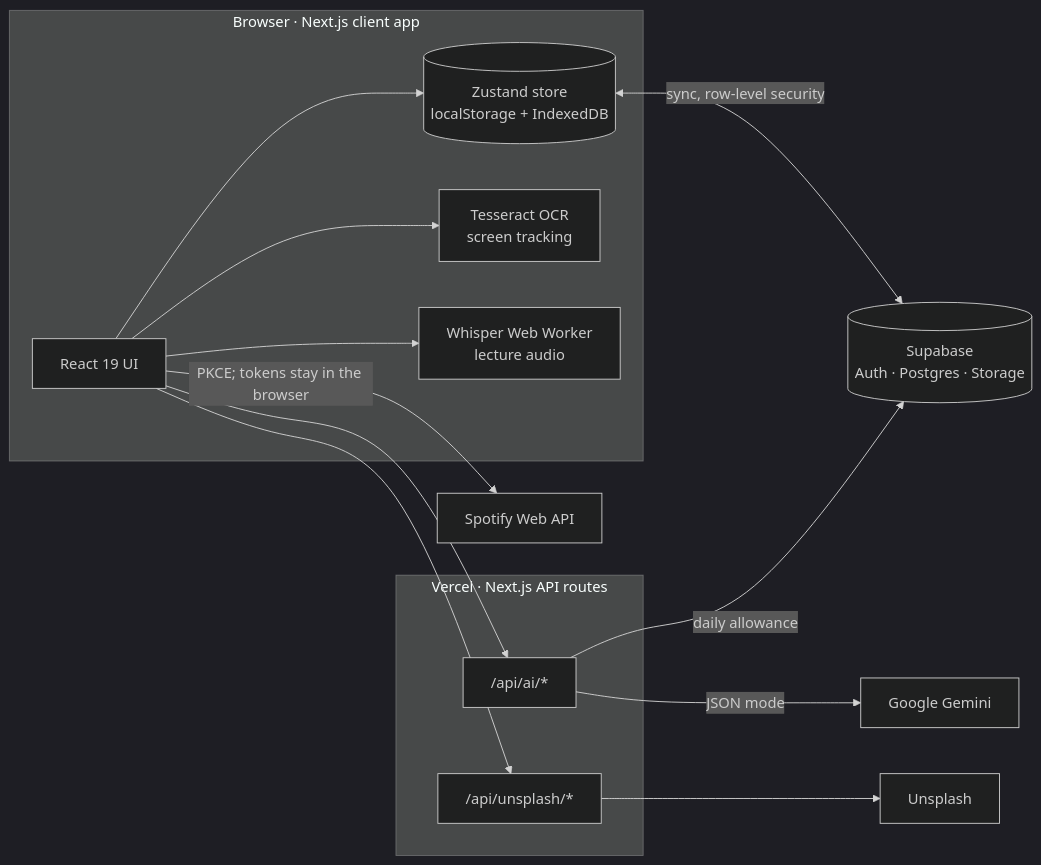
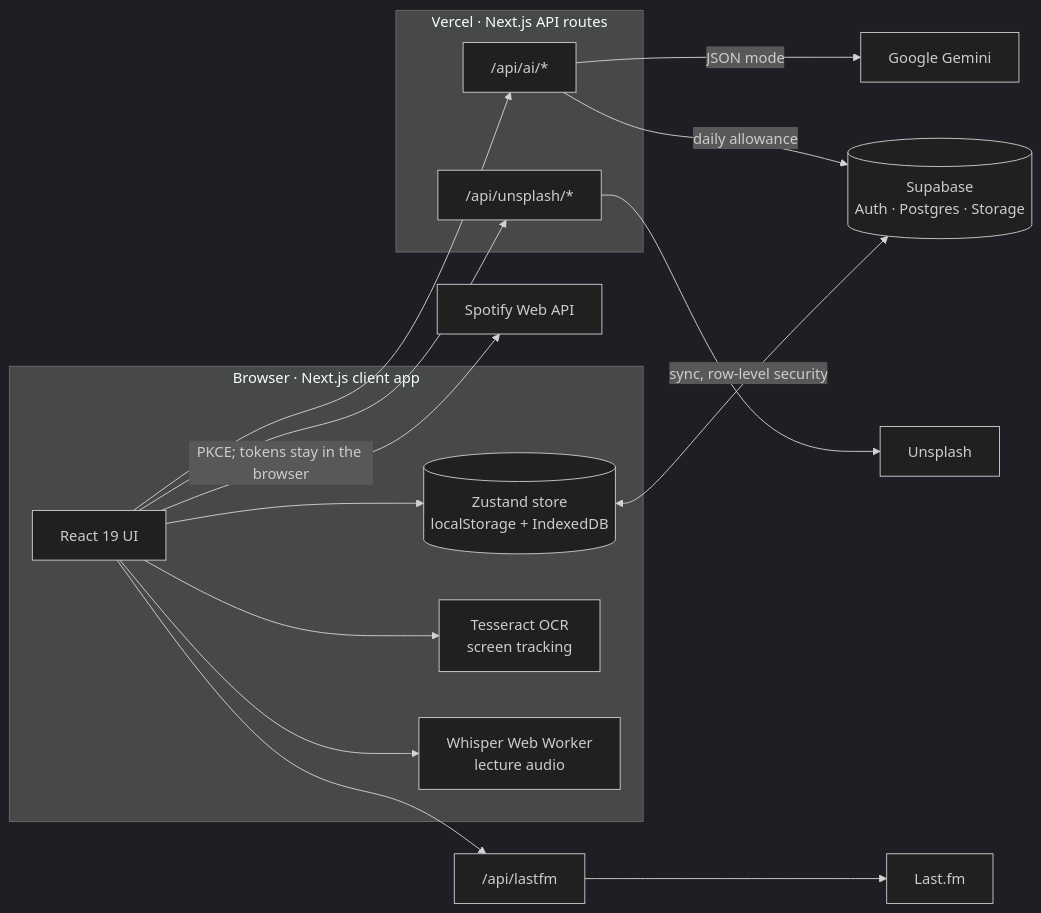
The diagram in README.md (abdulksidani-png/Pomogator), drawn with Mermaid (dark theme) before and after one commit. The commit also changed other lines of this file and 23 other files, not shown here.

````diff
--- a/README.md
+++ b/README.md
@@ -117,17 +117,18 @@
 ```mermaid
 flowchart LR
   subgraph Browser["Browser · Next.js client app"]
     UI["React 19 UI"] --> Store[("Zustand store<br/>localStorage + IndexedDB")]
     UI --> OCR["Tesseract OCR<br/>screen tracking"]
     UI --> ASR["Whisper Web Worker<br/>lecture audio"]
   end
   subgraph Vercel["Vercel · Next.js API routes"]
     AI["/api/ai/*"]
     PH["/api/unsplash/*"]
   end
   Store <-->|"sync, row-level security"| SB[("Supabase<br/>Auth · Postgres · Storage")]
   UI --> AI -->|"JSON mode"| GEM["Google Gemini"]
   AI -->|"daily allowance"| SB
   UI --> PH --> UNS["Unsplash"]
   UI -->|"PKCE; tokens stay in the browser"| SPOT["Spotify Web API"]
+  UI --> LF["/api/lastfm"] --> LFM["Last.fm"]
 ```
````
